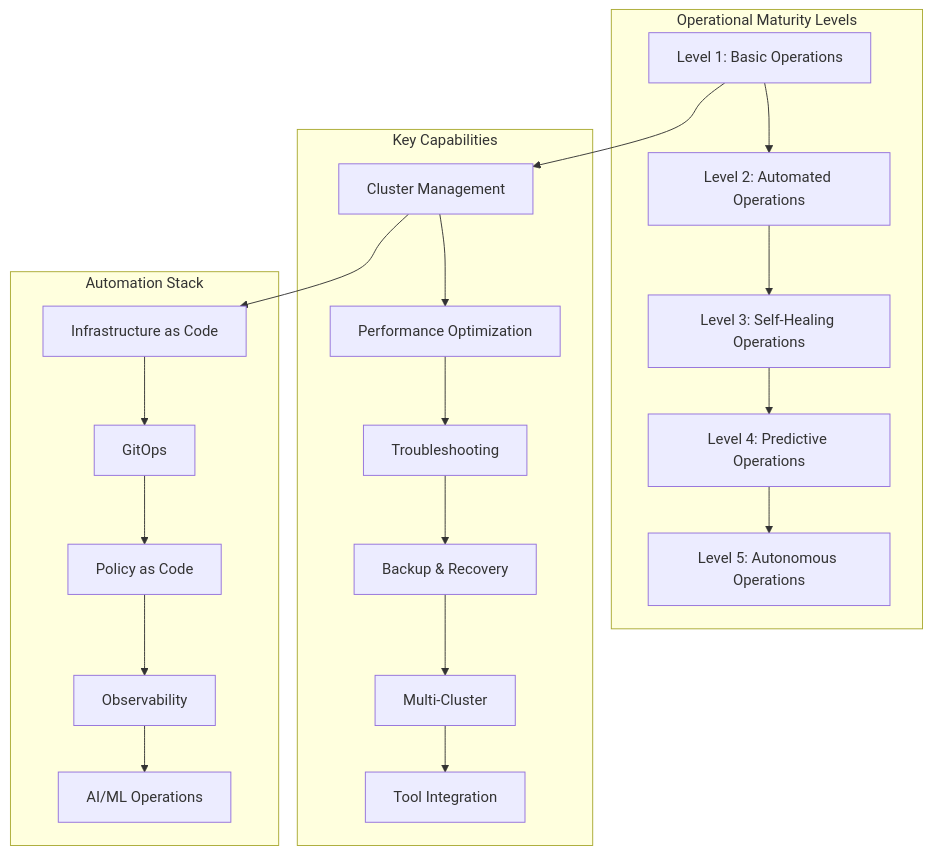
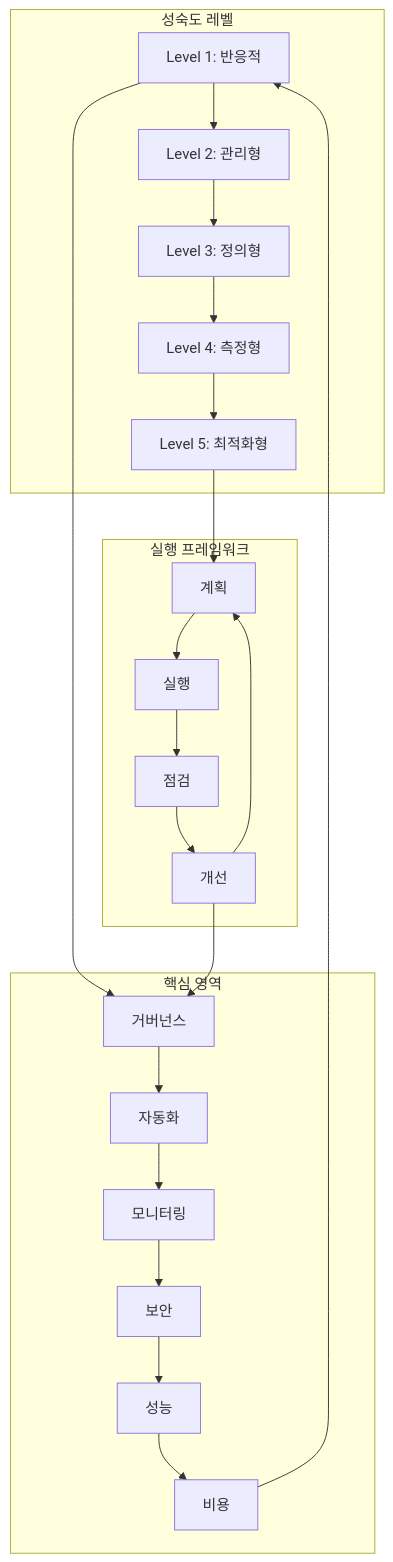
The first of 4 diagrams in week_02/day_04/session_08.md (niceguy61/kdt_devops_lecture_2025), drawn with Mermaid before and after one commit. The commit also changed other lines of this file and 15 other files, not shown here.

````diff
--- a/week_02/day_04/session_08.md
+++ b/week_02/day_04/session_08.md
@@ -15,27 +16,29 @@
 ```mermaid
 graph TB
-    subgraph "Operational Maturity Levels"
-        A[Level 1: Basic Operations] --> B[Level 2: Automated Operations]
-        B --> C[Level 3: Self-Healing Operations]
-        C --> D[Level 4: Predictive Operations]
-        D --> E[Level 5: Autonomous Operations]
+    subgraph "성숙도 레벨"
+        A[Level 1: 반응적] --> B[Level 2: 관리형]
+        B --> C[Level 3: 정의형]
+        C --> D[Level 4: 측정형]
+        D --> E[Level 5: 최적화형]
     end
     
-    subgraph "Key Capabilities"
-        F[Cluster Management] --> G[Performance Optimization]
-        G --> H[Troubleshooting]
-        H --> I[Backup & Recovery]
-        I --> J[Multi-Cluster]
-        J --> K[Tool Integration]
+    subgraph "핵심 영역"
+        F[거버넌스] --> G[자동화]
+        G --> H[모니터링]
+        H --> I[보안]
+        I --> J[성능]
+        J --> K[비용]
     end
     
-    subgraph "Automation Stack"
-        L[Infrastructure as Code] --> M[GitOps]
-        M --> N[Policy as Code]
-        N --> O[Observability]
-        O --> P[AI/ML Operations]
+    subgraph "실행 프레임워크"
+        L[계획] --> M[실행]
+        M --> N[점검]
+        N --> O[개선]
+        O --> L
     end
     
     A --> F
-    F --> L
+    E --> L
+    K --> A
+    O --> F
 ```
````
